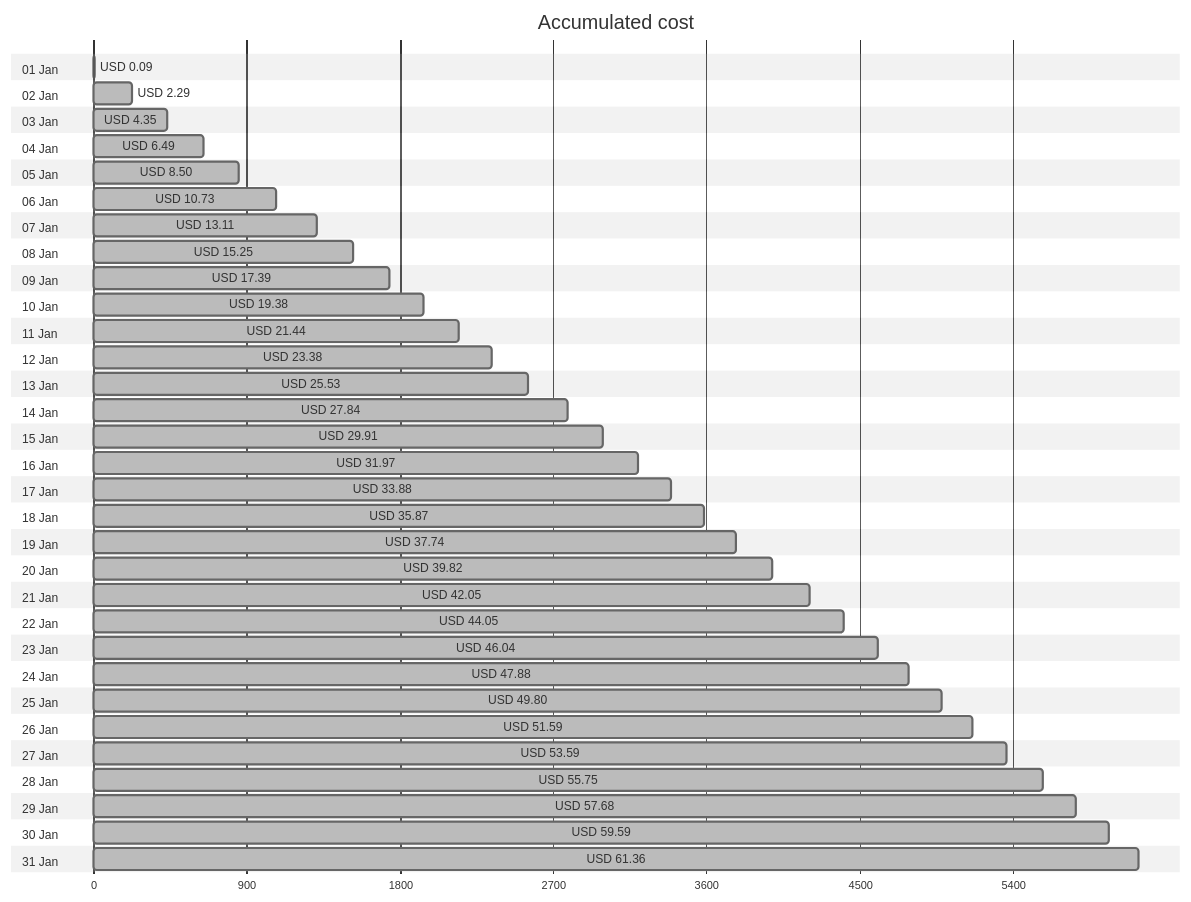
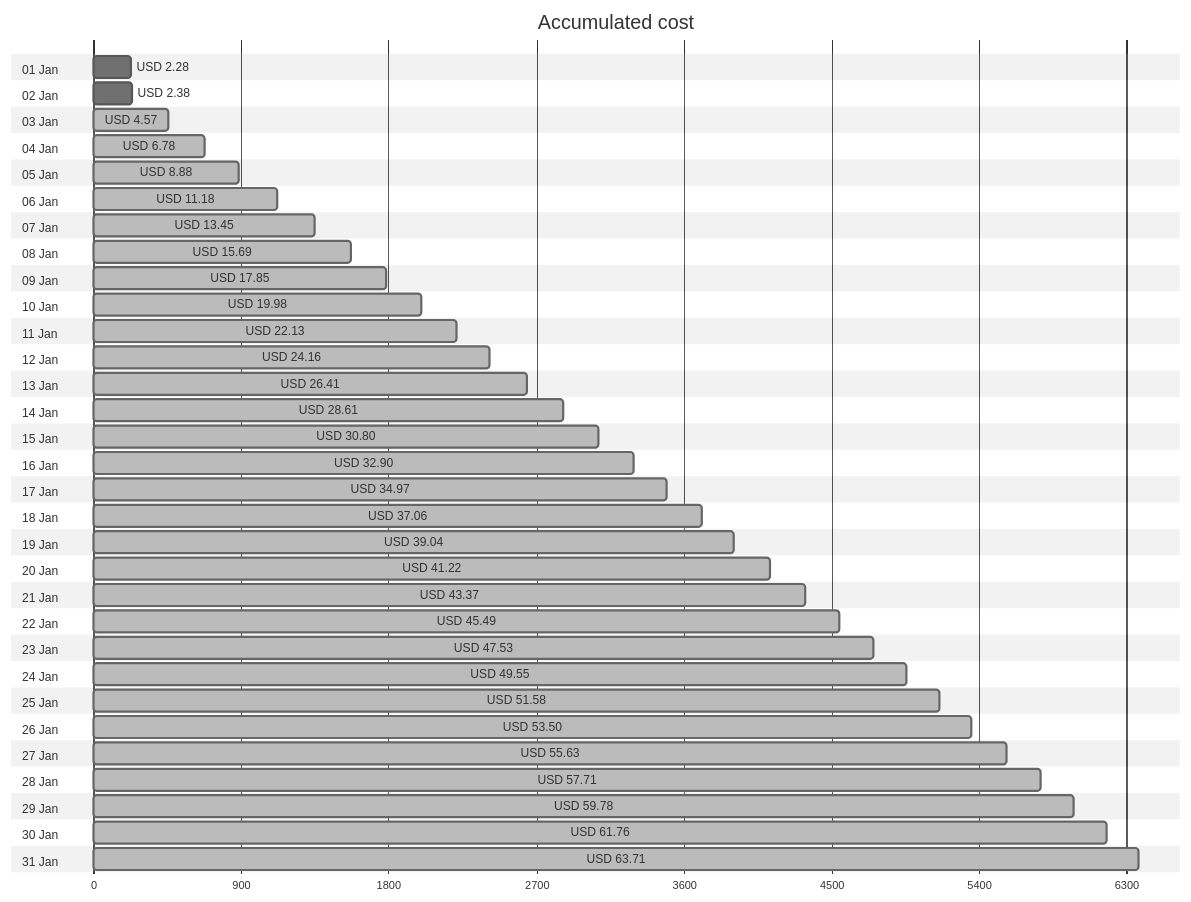
The first of 4 diagrams in cost-reports/accumulated-cost.md (jpfulton/azure-personal-reports), drawn with Mermaid (neutral theme) before and after one commit. The commit also changed other lines of this file and 4 other files, not shown here.

````diff
--- a/cost-reports/accumulated-cost.md
+++ b/cost-reports/accumulated-cost.md
@@ -20,68 +20,68 @@
 ```mermaid
 gantt
    title Accumulated cost
    dateFormat  X
    axisFormat %s
    section 01 Jan
-   USD 0.09 :0, 9
+   USD 2.28 :0, 228
    section 02 Jan
-   USD 2.29 : done, 0, 229
+   USD 2.38 :0, 238
    section 03 Jan
-   USD 4.35 : done, 0, 435
+   USD 4.57 : done, 0, 457
    section 04 Jan
-   USD 6.49 : done, 0, 649
+   USD 6.78 : done, 0, 678
    section 05 Jan
-   USD 8.50 : done, 0, 850
+   USD 8.88 : done, 0, 888
    section 06 Jan
-   USD 10.73 : done, 0, 1073
+   USD 11.18 : done, 0, 1118
    section 07 Jan
-   USD 13.11 : done, 0, 1311
+   USD 13.45 : done, 0, 1345
    section 08 Jan
-   USD 15.25 : done, 0, 1525
+   USD 15.69 : done, 0, 1569
    section 09 Jan
-   USD 17.39 : done, 0, 1739
+   USD 17.85 : done, 0, 1785
    section 10 Jan
-   USD 19.38 : done, 0, 1938
+   USD 19.98 : done, 0, 1998
    section 11 Jan
-   USD 21.44 : done, 0, 2144
+   USD 22.13 : done, 0, 2213
    section 12 Jan
-   USD 23.38 : done, 0, 2338
+   USD 24.16 : done, 0, 2416
    section 13 Jan
-   USD 25.53 : done, 0, 2553
+   USD 26.41 : done, 0, 2641
    section 14 Jan
-   USD 27.84 : done, 0, 2784
+   USD 28.61 : done, 0, 2861
    section 15 Jan
-   USD 29.91 : done, 0, 2991
+   USD 30.80 : done, 0, 3080
    section 16 Jan
-   USD 31.97 : done, 0, 3197
+   USD 32.90 : done, 0, 3290
    section 17 Jan
-   USD 33.88 : done, 0, 3388
+   USD 34.97 : done, 0, 3497
    section 18 Jan
-   USD 35.87 : done, 0, 3587
+   USD 37.06 : done, 0, 3706
    section 19 Jan
-   USD 37.74 : done, 0, 3774
+   USD 39.04 : done, 0, 3904
    section 20 Jan
-   USD 39.82 : done, 0, 3982
+   USD 41.22 : done, 0, 4122
    section 21 Jan
-   USD 42.05 : done, 0, 4205
+   USD 43.37 : done, 0, 4337
    section 22 Jan
-   USD 44.05 : done, 0, 4405
+   USD 45.49 : done, 0, 4549
    section 23 Jan
-   USD 46.04 : done, 0, 4604
+   USD 47.53 : done, 0, 4753
    section 24 Jan
-   USD 47.88 : done, 0, 4788
+   USD 49.55 : done, 0, 4955
    section 25 Jan
-   USD 49.80 : done, 0, 4980
+   USD 51.58 : done, 0, 5158
    section 26 Jan
-   USD 51.59 : done, 0, 5159
+   USD 53.50 : done, 0, 5350
    section 27 Jan
-   USD 53.59 : done, 0, 5359
+   USD 55.63 : done, 0, 5563
    section 28 Jan
-   USD 55.75 : done, 0, 5575
+   USD 57.71 : done, 0, 5771
    section 29 Jan
-   USD 57.68 : done, 0, 5768
+   USD 59.78 : done, 0, 5978
    section 30 Jan
-   USD 59.59 : done, 0, 5959
+   USD 61.76 : done, 0, 6176
    section 31 Jan
-   USD 61.36 : done, 0, 6136
+   USD 63.71 : done, 0, 6371
 ```
````
